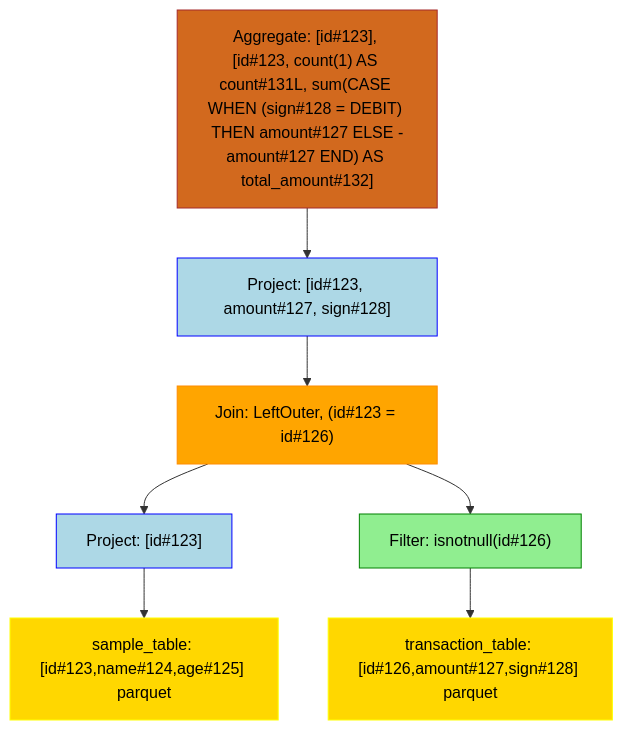
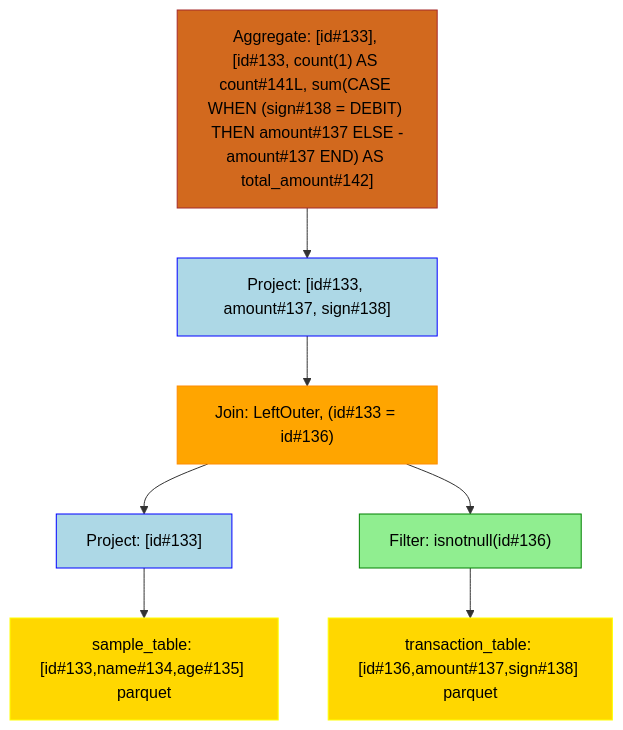
One commit to NielkNetraam/explainalyzed changed the diagram in data/visualization/aggregation_3.mmd. Above: the diagram before and after it, drawn with Mermaid. The commit also changed 48 other files, not shown here.

```diff
--- a/data/visualization/aggregation_3.mmd
+++ b/data/visualization/aggregation_3.mmd
@@ -1,33 +1,22 @@
----
-config:
-theme: 'base'
-themeVariables:
-    primaryColor: '#BB2528'
-    primaryTextColor: '#fff'
-    primaryBorderColor: '#7C0000'
-    lineColor: '#F8B229'
-    secondaryColor: '#267826'
-    tertiaryColor: '#fff'
----
 flowchart TD
     classDef PROJECT stroke:Blue,fill:LightBlue,color:black
     classDef FILTER stroke:Green,fill:LightGreen,color:black
     classDef UNION stroke:Purple,fill:Violet,color:black
     classDef JOIN stroke:DarkOrange,fill:Orange,color:black
     classDef RELATION stroke:Yellow,fill:Gold,color:black
     classDef AGGREGATE stroke:Brown,fill:Chocolate,color:black
 
-    Aggregate#1["Aggregate: [id#123], [id#123, count(1) AS count#131L, sum(CASE WHEN (sign#128 = DEBIT) THEN amount#127 ELSE -amount#127 END) AS total_amount#132]"]:::AGGREGATE
-    Project#11["Project: [id#123, amount#127, sign#128]"]:::PROJECT
-    Join#111["Join: LeftOuter, (id#123 = id#126)"]:::JOIN
-    Project#1111["Project: [id#123]"]:::PROJECT
-    Relation#11111["sample_table: [id#123,name#124,age#125] parquet"]:::RELATION
-    Filter#1112["Filter: isnotnull(id#126)"]:::FILTER
-    Relation#11121["transaction_table: [id#126,amount#127,sign#128] parquet"]:::RELATION
+    Aggregate#1["Aggregate: [id#133], [id#133, count(1) AS count#141L, sum(CASE WHEN (sign#138 = DEBIT) THEN amount#137 ELSE -amount#137 END) AS total_amount#142]"]:::AGGREGATE
+    Project#11["Project: [id#133, amount#137, sign#138]"]:::PROJECT
+    Join#111["Join: LeftOuter, (id#133 = id#136)"]:::JOIN
+    Project#1111["Project: [id#133]"]:::PROJECT
+    Relation#11111["sample_table: [id#133,name#134,age#135] parquet"]:::RELATION
+    Filter#1112["Filter: isnotnull(id#136)"]:::FILTER
+    Relation#11121["transaction_table: [id#136,amount#137,sign#138] parquet"]:::RELATION
 
     Aggregate#1 --> Project#11
         Project#11 --> Join#111
             Join#111 --> Project#1111
                 Project#1111 --> Relation#11111
             Join#111 --> Filter#1112
                 Filter#1112 --> Relation#11121
```
